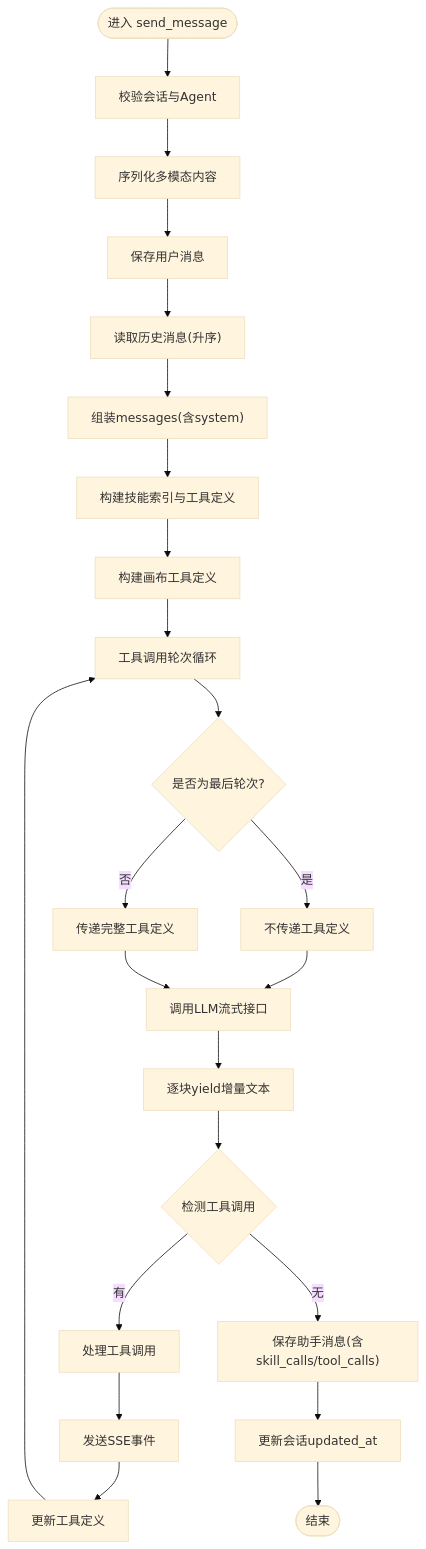
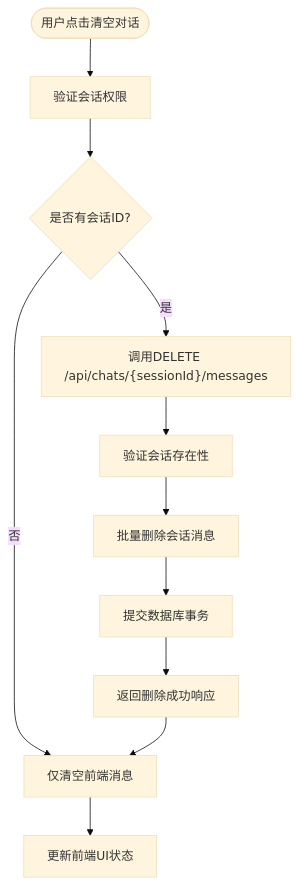
The third of 16 diagrams in .qoder/repowiki/zh/content/后端开发指南/API路由系统/聊天交互API.md (KunLabAI/KunFlix), drawn with Mermaid (base theme) before and after one commit. The commit also changed other lines of this file and 29 other files, not shown here.

````diff
--- a/.qoder/repowiki/zh/content/后端开发指南/API路由系统/聊天交互API.md
+++ b/.qoder/repowiki/zh/content/后端开发指南/API路由系统/聊天交互API.md
@@ -205,25 +232,13 @@
 ```mermaid
 flowchart TD
-Start(["进入 send_message"]) --> CheckSession["校验会话与Agent"]
-CheckSession --> SerializeContent["序列化多模态内容"]
-SerializeContent --> SaveUser["保存用户消息"]
-SaveUser --> LoadHistory["读取历史消息(升序)"]
-LoadHistory --> BuildMessages["组装messages(含system)"]
-BuildMessages --> BuildSkills["构建技能索引与工具定义"]
-BuildSkills --> BuildCanvas["构建画布工具定义"]
-BuildCanvas --> ToolRound["工具调用轮次循环"]
-ToolRound --> CheckLastRound{"是否为最后轮次?"}
-CheckLastRound --> |是| NoTools["不传递工具定义"]
-CheckLastRound --> |否| PassTools["传递完整工具定义"]
-NoTools --> CallProvider["调用LLM流式接口"]
-PassTools --> CallProvider
-CallProvider --> StreamOut["逐块yield增量文本"]
-StreamOut --> ToolCalls{"检测工具调用"}
-ToolCalls --> |有| ProcessTool["处理工具调用"]
-ProcessTool --> SendEvents["发送SSE事件"]
-SendEvents --> UpdateTools["更新工具定义"]
-UpdateTools --> ToolRound
-ToolCalls --> |无| SaveAssistant["保存助手消息(含skill_calls/tool_calls)"]
-SaveAssistant --> UpdateTS["更新会话updated_at"]
-UpdateTS --> End(["结束"])
+Start(["用户点击清空对话"]) --> CheckSession["验证会话权限"]
+CheckSession --> HasSession{"是否有会话ID?"}
+HasSession --> |否| ClearFrontend["仅清空前端消息"]
+HasSession --> |是| CallAPI["调用DELETE /api/chats/{sessionId}/messages"]
+CallAPI --> ValidateSession["验证会话存在性"]
+ValidateSession --> DeleteMessages["批量删除会话消息"]
+DeleteMessages --> CommitDB["提交数据库事务"]
+CommitDB --> ReturnResp["返回删除成功响应"]
+ReturnResp --> ClearFrontend
+ClearFrontend --> UpdateUI["更新前端UI状态"]
 ```
````
